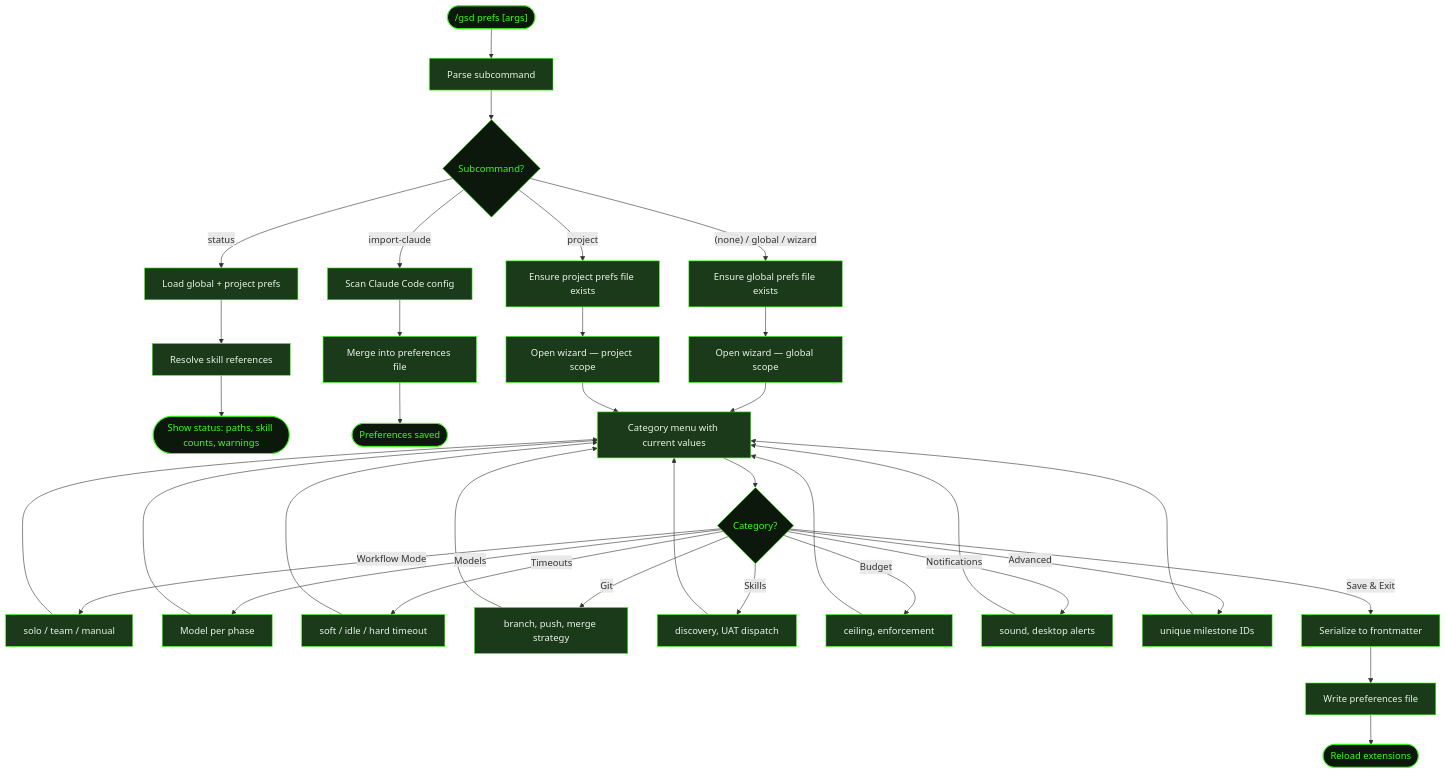
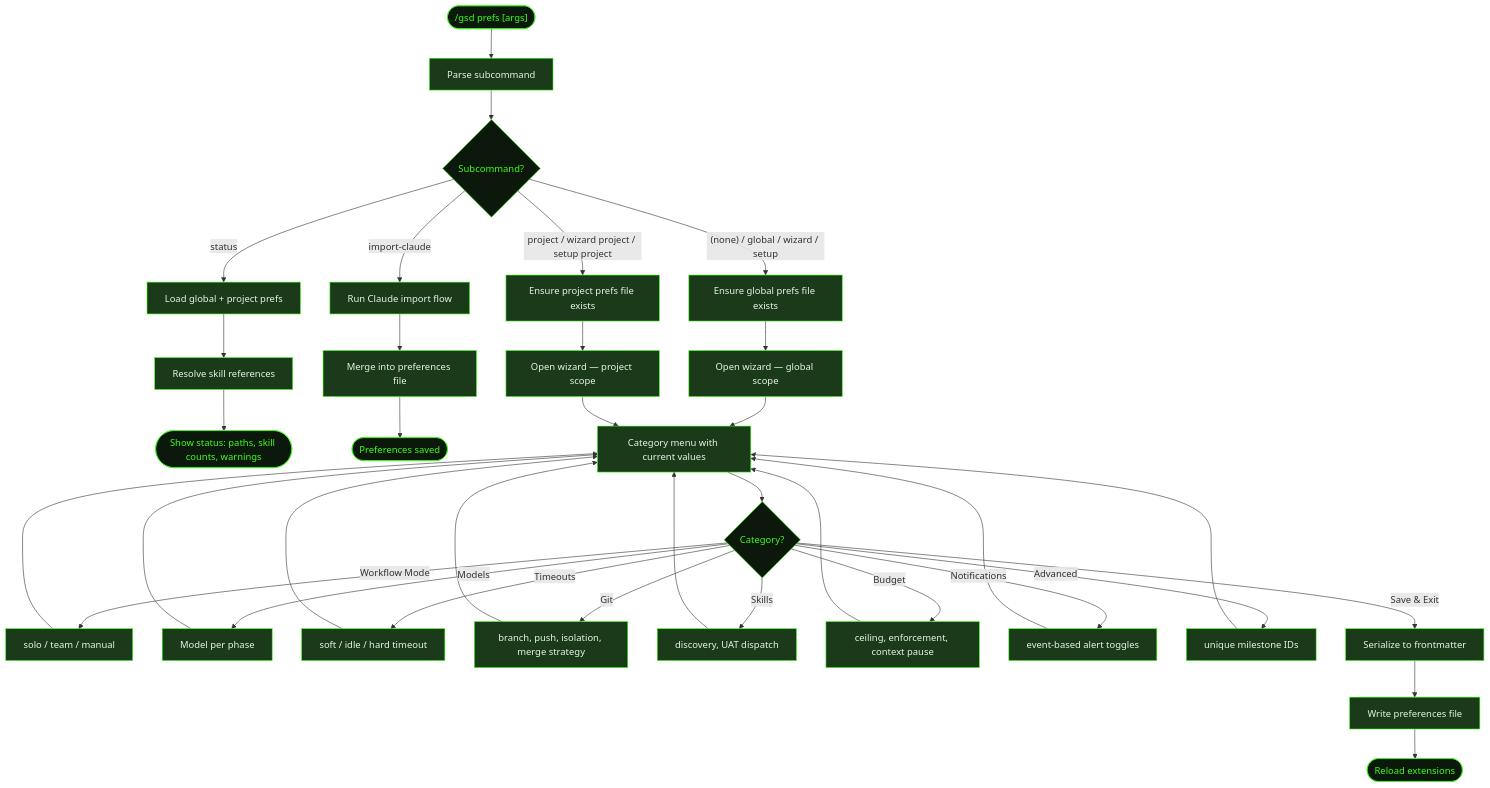
The diagram in src/content/docs/commands/prefs.mdx (shusha-group/gsd2-guide), drawn with Mermaid before and after one commit. The commit also changed other lines of this file and 49 other files, not shown here.

````diff
--- a/src/content/docs/commands/prefs.mdx
+++ b/src/content/docs/commands/prefs.mdx
@@ -28,71 +30,71 @@
 ```mermaid
 flowchart TD
     Start(["/gsd prefs [args]"]) --> Parse[Parse subcommand]
     Parse --> Route{Subcommand?}
 
-    Route -->|"(none) / global / wizard"| EnsureG[Ensure global prefs file exists]
+    Route -->|"(none) / global / wizard / setup"| EnsureG[Ensure global prefs file exists]
     EnsureG --> WizG[Open wizard — global scope]
 
-    Route -->|project| EnsureP[Ensure project prefs file exists]
+    Route -->|"project / wizard project / setup project"| EnsureP[Ensure project prefs file exists]
     EnsureP --> WizP[Open wizard — project scope]
 
     Route -->|status| LoadBoth[Load global + project prefs]
     LoadBoth --> Resolve[Resolve skill references]
     Resolve --> Display([Show status: paths, skill counts, warnings])
 
-    Route -->|import-claude| Import[Scan Claude Code config]
+    Route -->|import-claude| Import[Run Claude import flow]
     Import --> Merge[Merge into preferences file]
     Merge --> Saved([Preferences saved])
 
     WizG --> Menu[Category menu with current values]
     WizP --> Menu
 
     Menu --> Cat{Category?}
     Cat -->|Workflow Mode| CfgMode[solo / team / manual]
     Cat -->|Models| CfgModels[Model per phase]
     Cat -->|Timeouts| CfgTime[soft / idle / hard timeout]
-    Cat -->|Git| CfgGit[branch, push, merge strategy]
+    Cat -->|Git| CfgGit[branch, push, isolation, merge strategy]
     Cat -->|Skills| CfgSkills[discovery, UAT dispatch]
-    Cat -->|Budget| CfgBudget[ceiling, enforcement]
-    Cat -->|Notifications| CfgNotify[sound, desktop alerts]
+    Cat -->|Budget| CfgBudget[ceiling, enforcement, context pause]
+    Cat -->|Notifications| CfgNotify[event-based alert toggles]
     Cat -->|Advanced| CfgAdv[unique milestone IDs]
     Cat -->|Save & Exit| Save[Serialize to frontmatter]
 
     CfgMode --> Menu
     CfgModels --> Menu
     CfgTime --> Menu
     CfgGit --> Menu
     CfgSkills --> Menu
     CfgBudget --> Menu
     CfgNotify --> Menu
     CfgAdv --> Menu
     Save --> Write[Write preferences file]
     Write --> Reload([Reload extensions])
 
     style Start fill:#0d180d,stroke:#39ff14,color:#39ff14
     style Route fill:#0d180d,stroke:#39ff14,color:#39ff14
     style Cat fill:#0d180d,stroke:#39ff14,color:#39ff14
     style Parse fill:#1a3a1a,stroke:#39ff14,color:#e8f4e8
     style EnsureG fill:#1a3a1a,stroke:#39ff14,color:#e8f4e8
     style EnsureP fill:#1a3a1a,stroke:#39ff14,color:#e8f4e8
     style WizG fill:#1a3a1a,stroke:#39ff14,color:#e8f4e8
     style WizP fill:#1a3a1a,stroke:#39ff14,color:#e8f4e8
     style Menu fill:#1a3a1a,stroke:#39ff14,color:#e8f4e8
     style LoadBoth fill:#1a3a1a,stroke:#39ff14,color:#e8f4e8
     style Resolve fill:#1a3a1a,stroke:#39ff14,color:#e8f4e8
     style Import fill:#1a3a1a,stroke:#39ff14,color:#e8f4e8
     style Merge fill:#1a3a1a,stroke:#39ff14,color:#e8f4e8
     style CfgMode fill:#1a3a1a,stroke:#39ff14,color:#e8f4e8
     style CfgModels fill:#1a3a1a,stroke:#39ff14,color:#e8f4e8
     style CfgTime fill:#1a3a1a,stroke:#39ff14,color:#e8f4e8
     style CfgGit fill:#1a3a1a,stroke:#39ff14,color:#e8f4e8
     style CfgSkills fill:#1a3a1a,stroke:#39ff14,color:#e8f4e8
     style CfgBudget fill:#1a3a1a,stroke:#39ff14,color:#e8f4e8
     style CfgNotify fill:#1a3a1a,stroke:#39ff14,color:#e8f4e8
     style CfgAdv fill:#1a3a1a,stroke:#39ff14,color:#e8f4e8
     style Save fill:#1a3a1a,stroke:#39ff14,color:#e8f4e8
     style Write fill:#1a3a1a,stroke:#39ff14,color:#e8f4e8
     style Display fill:#0d180d,stroke:#39ff14,color:#39ff14
     style Saved fill:#0d180d,stroke:#39ff14,color:#39ff14
     style Reload fill:#0d180d,stroke:#39ff14,color:#39ff14
 ```
````
